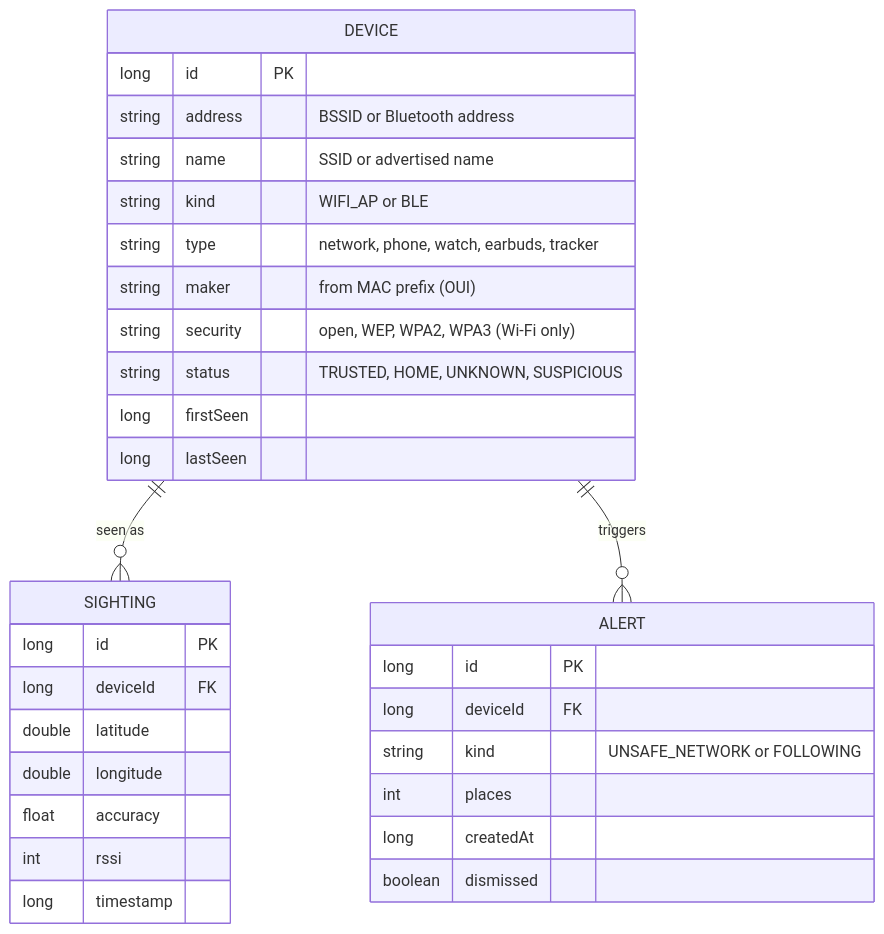
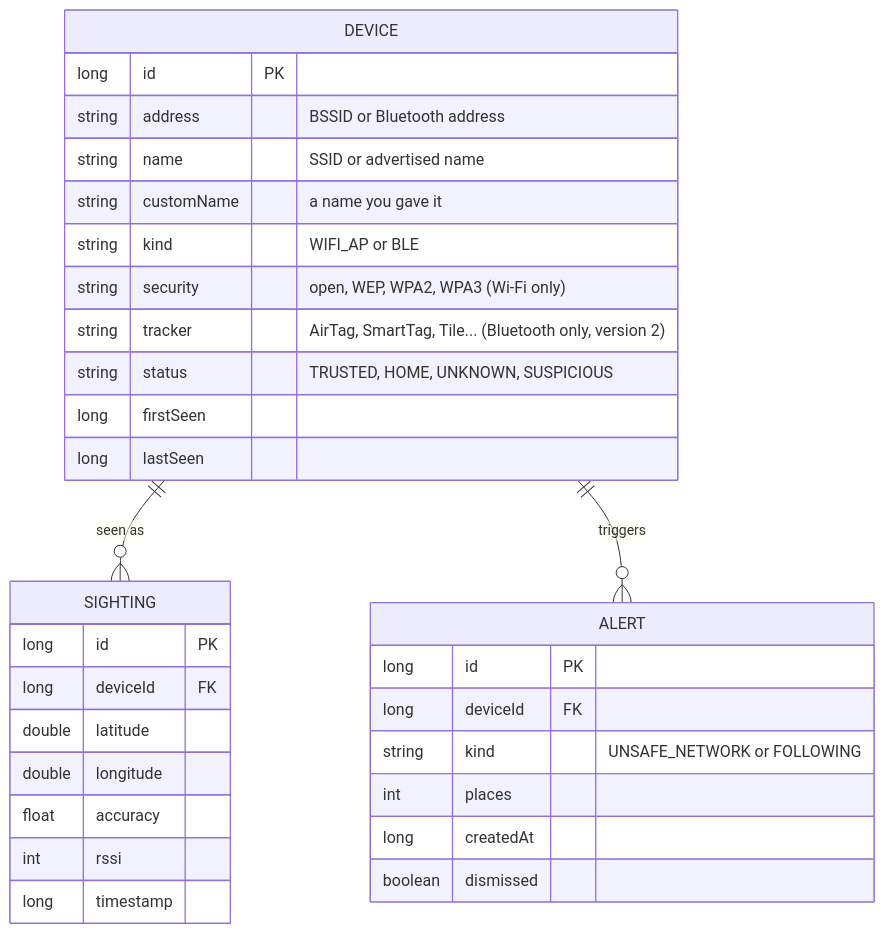
The diagram in README.md (PeGoPaz/Android-Project-3137418), drawn with Mermaid before and after one commit. The commit also changed other lines of this file, not shown here.

````diff
--- a/README.md
+++ b/README.md
@@ -219,35 +226,35 @@
 ```mermaid
 erDiagram
     DEVICE ||--o{ SIGHTING : "seen as"
     DEVICE ||--o{ ALERT : "triggers"
 
     DEVICE {
         long id PK
         string address "BSSID or Bluetooth address"
         string name "SSID or advertised name"
+        string customName "a name you gave it"
         string kind "WIFI_AP or BLE"
-        string type "network, phone, watch, earbuds, tracker"
-        string maker "from MAC prefix (OUI)"
         string security "open, WEP, WPA2, WPA3 (Wi-Fi only)"
+        string tracker "AirTag, SmartTag, Tile... (Bluetooth only, version 2)"
         string status "TRUSTED, HOME, UNKNOWN, SUSPICIOUS"
         long firstSeen
         long lastSeen
     }
     SIGHTING {
         long id PK
         long deviceId FK
         double latitude
         double longitude
         float accuracy
         int rssi
         long timestamp
     }
     ALERT {
         long id PK
         long deviceId FK
         string kind "UNSAFE_NETWORK or FOLLOWING"
         int places
         long createdAt
         boolean dismissed
     }
 ```
````
